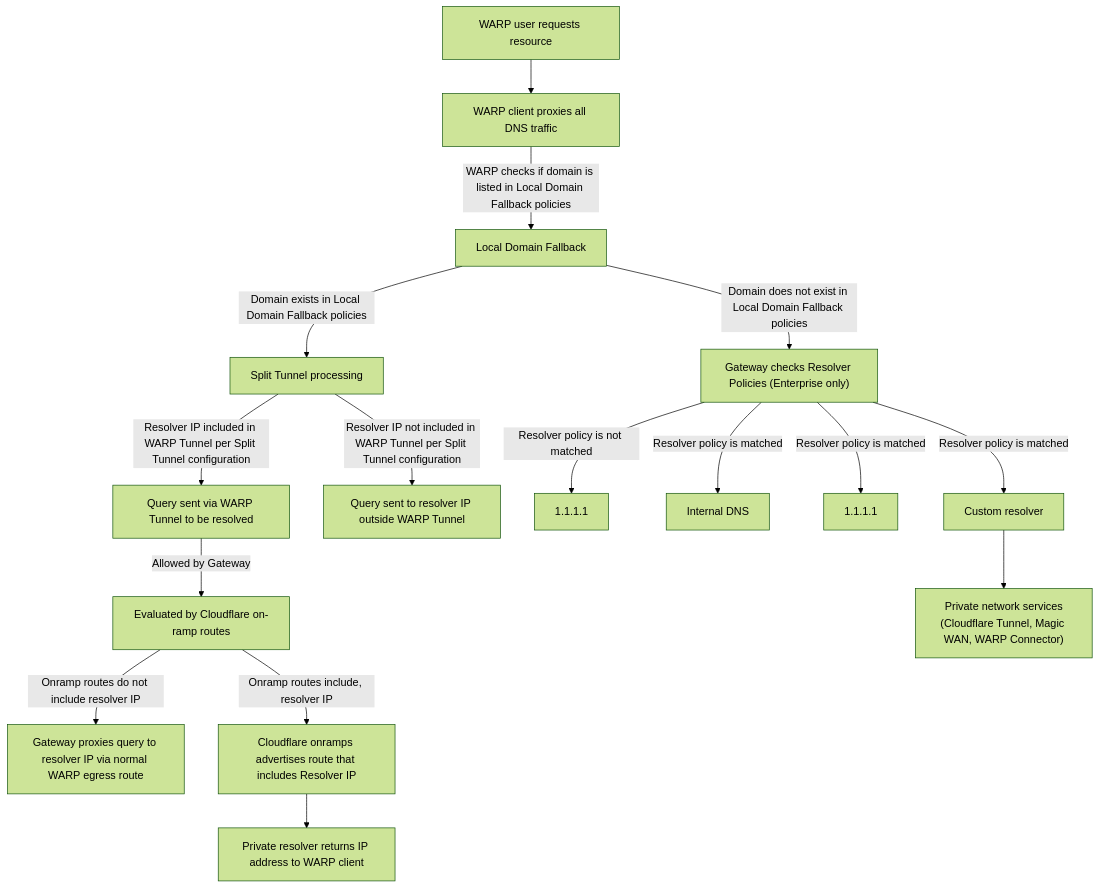
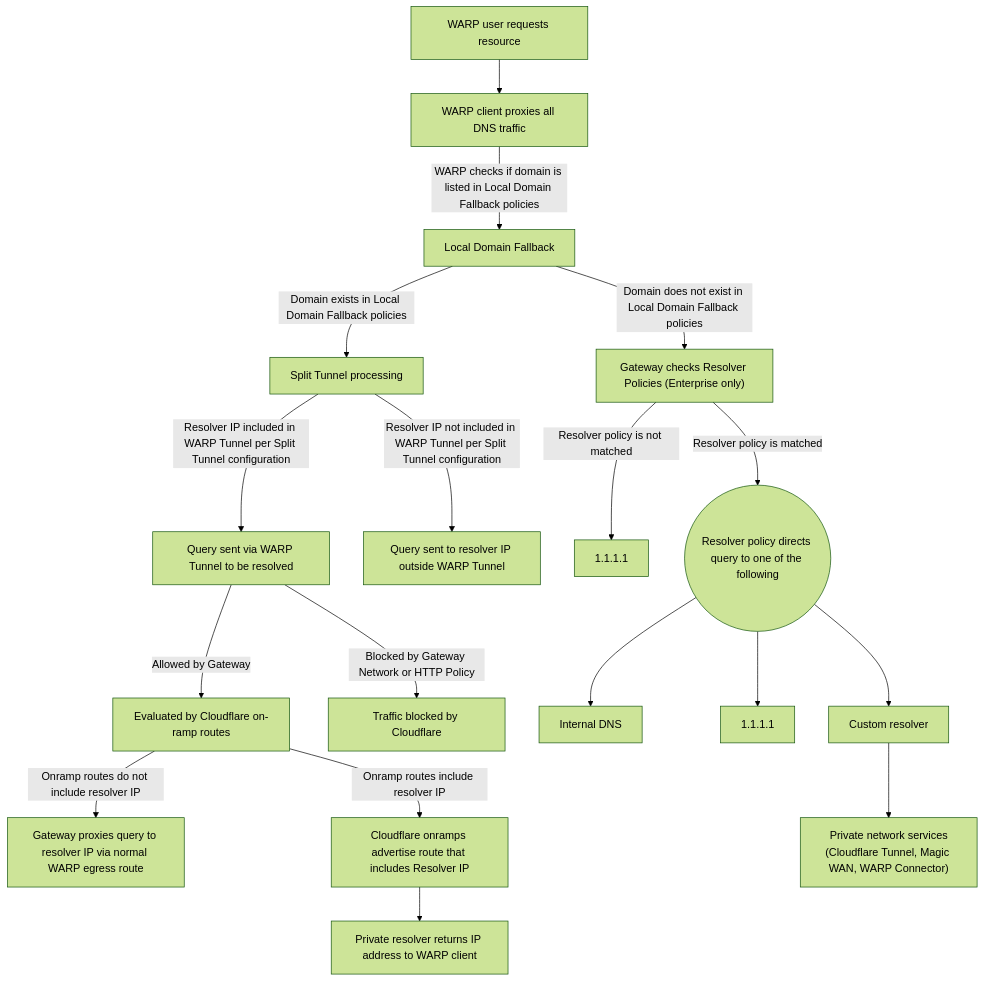
The diagram in src/content/docs/cloudflare-one/connections/connect-devices/warp/configure-warp/route-traffic/index.mdx (rdhanarot/cloudflare-docs), drawn with Mermaid (forest theme) before and after one commit.

Commit message:
[CF1] WARP routing table aesthetic fix (#25881)
* [CF1] WARP routing table aesthetic fix

* edit

````diff
--- a/src/content/docs/cloudflare-one/connections/connect-devices/warp/configure-warp/route-traffic/index.mdx
+++ b/src/content/docs/cloudflare-one/connections/connect-devices/warp/configure-warp/route-traffic/index.mdx
@@ -30,26 +30,30 @@
 ```mermaid
 flowchart TD
     A["WARP user requests resource"] --> B["WARP client proxies all DNS traffic"]
     B -- WARP checks if domain is listed in Local Domain Fallback policies --> C["Local Domain Fallback"]
 
     %% Left branch (LDF exists)
     C -- Domain exists in Local Domain Fallback policies --> ST["Split Tunnel processing"]
 
     ST -- Resolver IP included in WARP Tunnel per Split Tunnel configuration --> QW["Query sent via WARP Tunnel to be resolved"]
     ST -- Resolver IP not included in WARP Tunnel per Split Tunnel configuration --> QO["Query sent to resolver IP outside WARP Tunnel"]
 
+    %% Gateway evaluation after query via WARP
     QW -- Allowed by Gateway --> OR["Evaluated by Cloudflare on-ramp routes"]
+    QW -- Blocked by Gateway Network or HTTP Policy --> BLK["Traffic blocked by Cloudflare"]
+
     OR -- Onramp routes do not include resolver IP --> GP["Gateway proxies query to resolver IP via normal WARP egress route"]
-    OR -- Onramp routes include, resolver IP --> ADV["Cloudflare onramps advertises route that includes Resolver IP"]
+    OR -- Onramp routes include resolver IP --> ADV["Cloudflare onramps advertise route that includes Resolver IP"]
     ADV --> PR["Private resolver returns IP address to WARP client"]
 
     %% Right branch (no LDF match)
     C -- Domain does not exist in Local Domain Fallback policies --> GWR["Gateway checks Resolver Policies (Enterprise only)"]
 
     GWR -- Resolver policy is not matched --> C1111a["1.1.1.1"]
 
-    GWR -- Resolver policy is matched --> IDNS["Internal DNS"]
-    GWR -- Resolver policy is matched --> C1111b["1.1.1.1"]
-    GWR -- Resolver policy is matched --> CUST["Custom resolver"]
+    GWR -- Resolver policy is matched --> MATCH((Resolver policy directs query to one of the following))
+    MATCH --> IDNS["Internal DNS"]
+    MATCH --> C1111b["1.1.1.1"]
+    MATCH --> CUST["Custom resolver"]
     CUST --> PNS["Private network services<br>(Cloudflare Tunnel, Magic WAN, WARP Connector)"]
 ```
````
